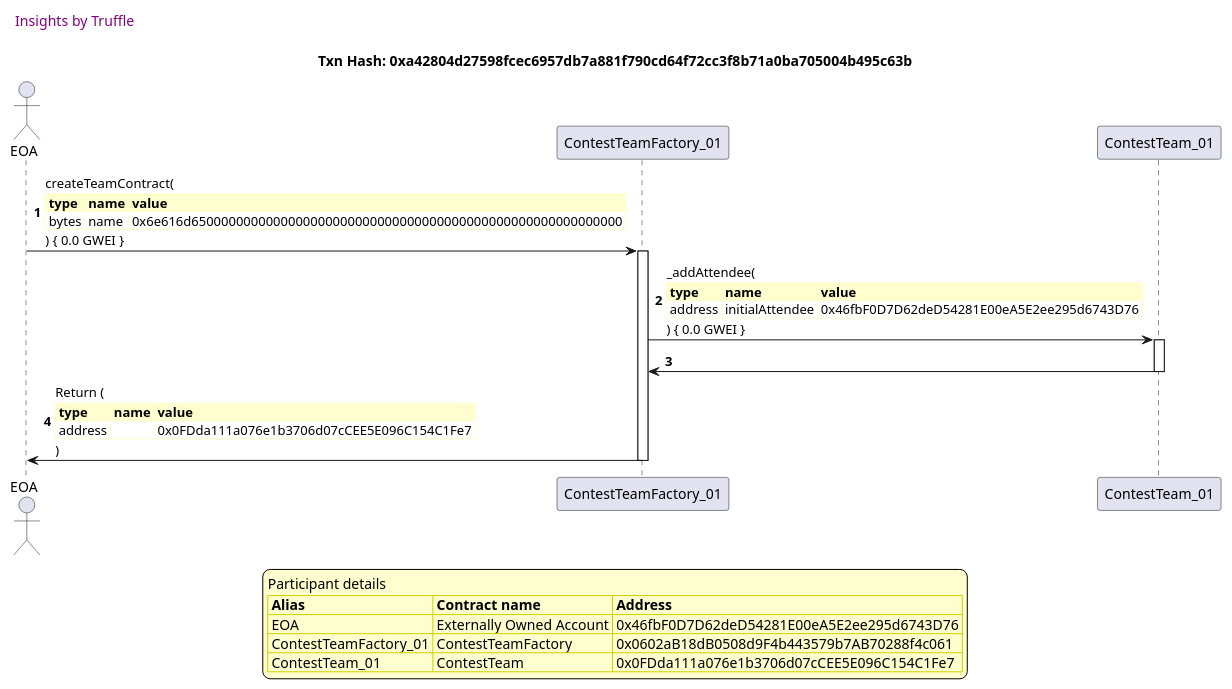
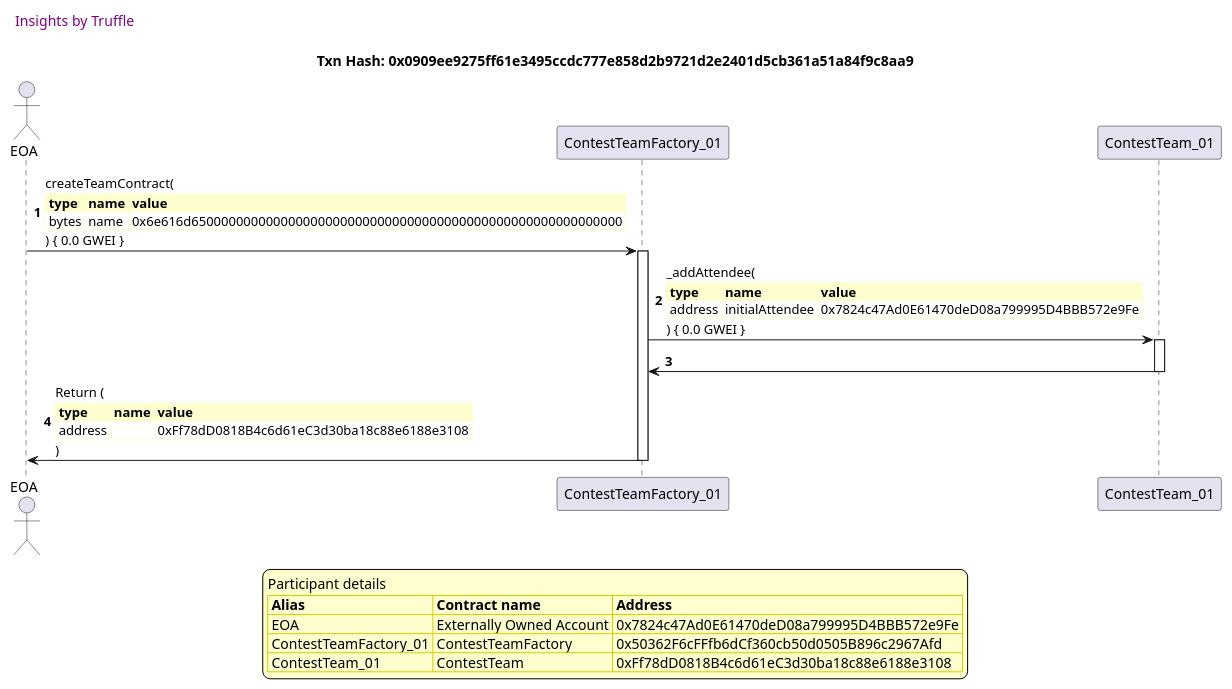
One commit to fodisi/hackapay changed the fourth of 11 diagrams in truffle-seq/factory_contestteamfactory.md. Above: the diagram before and after it, drawn with PlantUML. The commit also changed other lines of this file and 10 other files, not shown here.

````diff
--- a/truffle-seq/factory_contestteamfactory.md
+++ b/truffle-seq/factory_contestteamfactory.md
@@ -160,50 +160,50 @@
 ```plantuml
 
 
 @startuml
 
 autonumber
 skinparam legendBackgroundColor #FEFECE
 
 <style>
       header {
         HorizontalAlignment left
         FontColor purple
         FontSize 14
         Padding 10
       }
     </style>
 
 header Insights by Truffle
 
-title Txn Hash: 0xa42804d27598fcec6957db7a881f790cd64f72cc3f8b71a0ba705004b495c63b
+title Txn Hash: 0x0909ee9275ff61e3495ccdc777e858d2b9721d2e2401d5cb361a51a84f9c8aa9
 
 
 actor EOA as "EOA"
 participant ContestTeamFactory_01 as "ContestTeamFactory_01"
 participant ContestTeam_01 as "ContestTeam_01"
 
 "EOA" -> "ContestTeamFactory_01" ++: createTeamContract(\n\
 <#FEFECE,#FEFECE>|= type |= name |= value |\n\
 | bytes | name | 0x6e616d6500000000000000000000000000000000000000000000000000000000 |\n\
 ) { 0.0 GWEI }
 "ContestTeamFactory_01" -> "ContestTeam_01" ++: _addAttendee(\n\
 <#FEFECE,#FEFECE>|= type |= name |= value |\n\
-| address | initialAttendee | 0x46fbF0D7D62deD54281E00eA5E2ee295d6743D76 |\n\
+| address | initialAttendee | 0x7824c47Ad0E61470deD08a799995D4BBB572e9Fe |\n\
 ) { 0.0 GWEI }
 "ContestTeam_01" -> "ContestTeamFactory_01" --: 
 "ContestTeamFactory_01" -> "EOA" --: Return (\n\
 <#FEFECE,#FEFECE>|= type |= name |= value |\n\
-| address |  | 0x0FDda111a076e1b3706d07cCEE5E096C154C1Fe7 |\n\
+| address |  | 0xFf78dD0818B4c6d61eC3d30ba18c88e6188e3108 |\n\
 )
 
 legend
 Participant details
 <#FEFECE,#D0D000>|= Alias |= Contract name |= Address |
-<#FEFECE>| EOA | Externally Owned Account | 0x46fbF0D7D62deD54281E00eA5E2ee295d6743D76 |
-<#FEFECE>| ContestTeamFactory_01 | ContestTeamFactory | 0x0602aB18dB0508d9F4b443579b7AB70288f4c061 |
-<#FEFECE>| ContestTeam_01 | ContestTeam | 0x0FDda111a076e1b3706d07cCEE5E096C154C1Fe7 |
+<#FEFECE>| EOA | Externally Owned Account | 0x7824c47Ad0E61470deD08a799995D4BBB572e9Fe |
+<#FEFECE>| ContestTeamFactory_01 | ContestTeamFactory | 0x50362F6cFFfb6dCf360cb50d0505B896c2967Afd |
+<#FEFECE>| ContestTeam_01 | ContestTeam | 0xFf78dD0818B4c6d61eC3d30ba18c88e6188e3108 |
 endlegend
 
 @enduml
 ```
````
